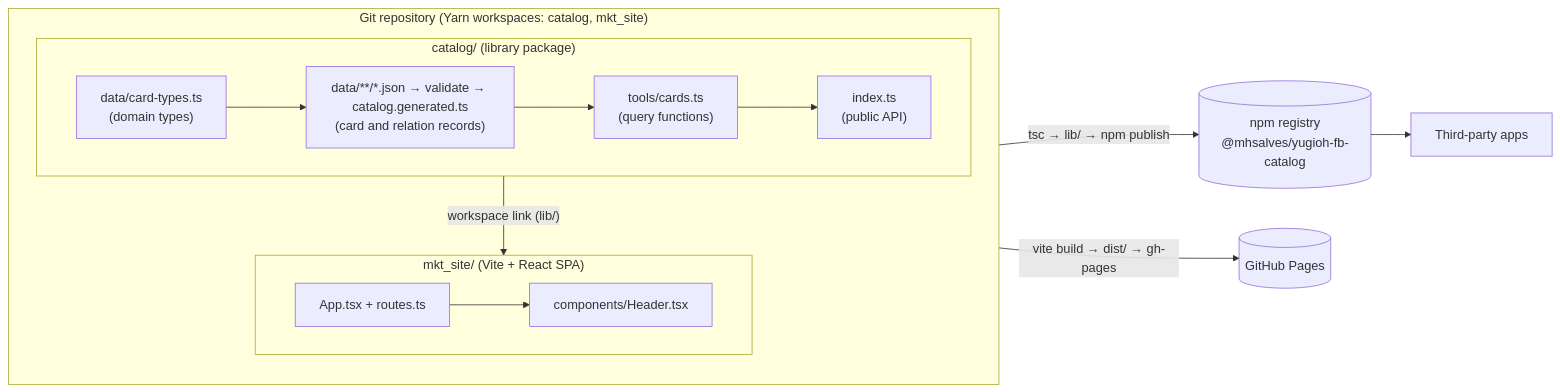
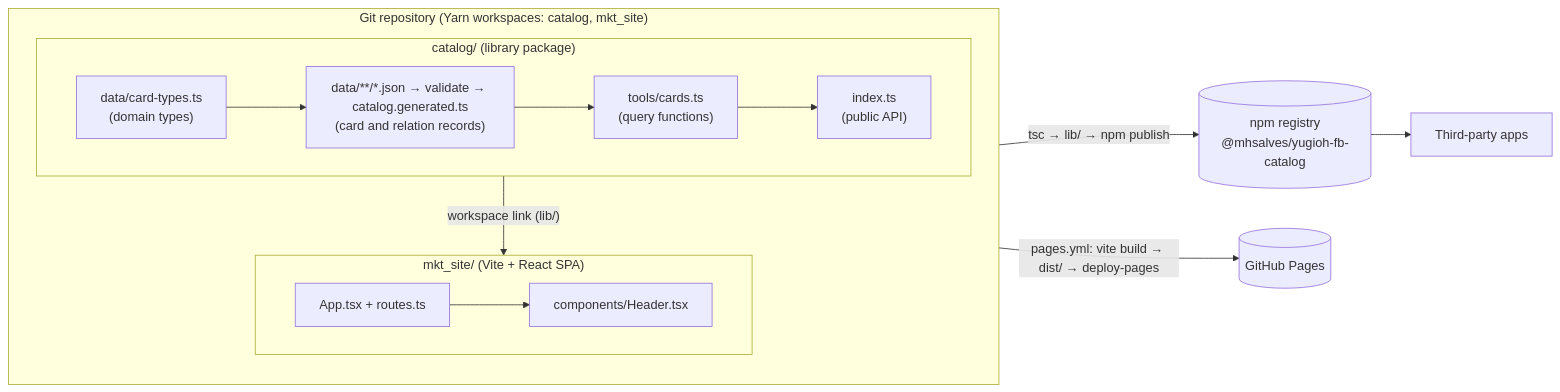
One commit to mhsalves/yugioh-fb-catalog changed the first of 4 diagrams in docs/ARCHITECTURE.md. Above: the diagram before and after it, drawn with Mermaid. The commit also changed other lines of this file and 7 other files, not shown here.

First line of the commit message:
chore(site): Remove gh-pages tooling now that Actions deploys the site

````diff
--- a/docs/ARCHITECTURE.md
+++ b/docs/ARCHITECTURE.md
@@ -22,23 +22,23 @@
 ```mermaid
 flowchart LR
     subgraph repo["Git repository (Yarn workspaces: catalog, mkt_site)"]
         direction TB
         subgraph catalog["catalog/ (library package)"]
             types["data/card-types.ts<br/>(domain types)"]
             data["data/**/*.json → validate → catalog.generated.ts<br/>(card and relation records)"]
             tools["tools/cards.ts<br/>(query functions)"]
             entry["index.ts<br/>(public API)"]
             types --> data --> tools --> entry
         end
         subgraph site["mkt_site/ (Vite + React SPA)"]
             app["App.tsx + routes.ts"]
             header["components/Header.tsx"]
             app --> header
         end
         catalog -- "workspace link (lib/)" --> site
     end
 
     catalog -- "tsc → lib/ → npm publish" --> npm[("npm registry<br/>@mhsalves/yugioh-fb-catalog")]
-    site -- "vite build → dist/ → gh-pages" --> pages[("GitHub Pages")]
+    site -- "pages.yml: vite build → dist/ → deploy-pages" --> pages[("GitHub Pages")]
     npm --> consumers["Third-party apps"]
 ```
````
